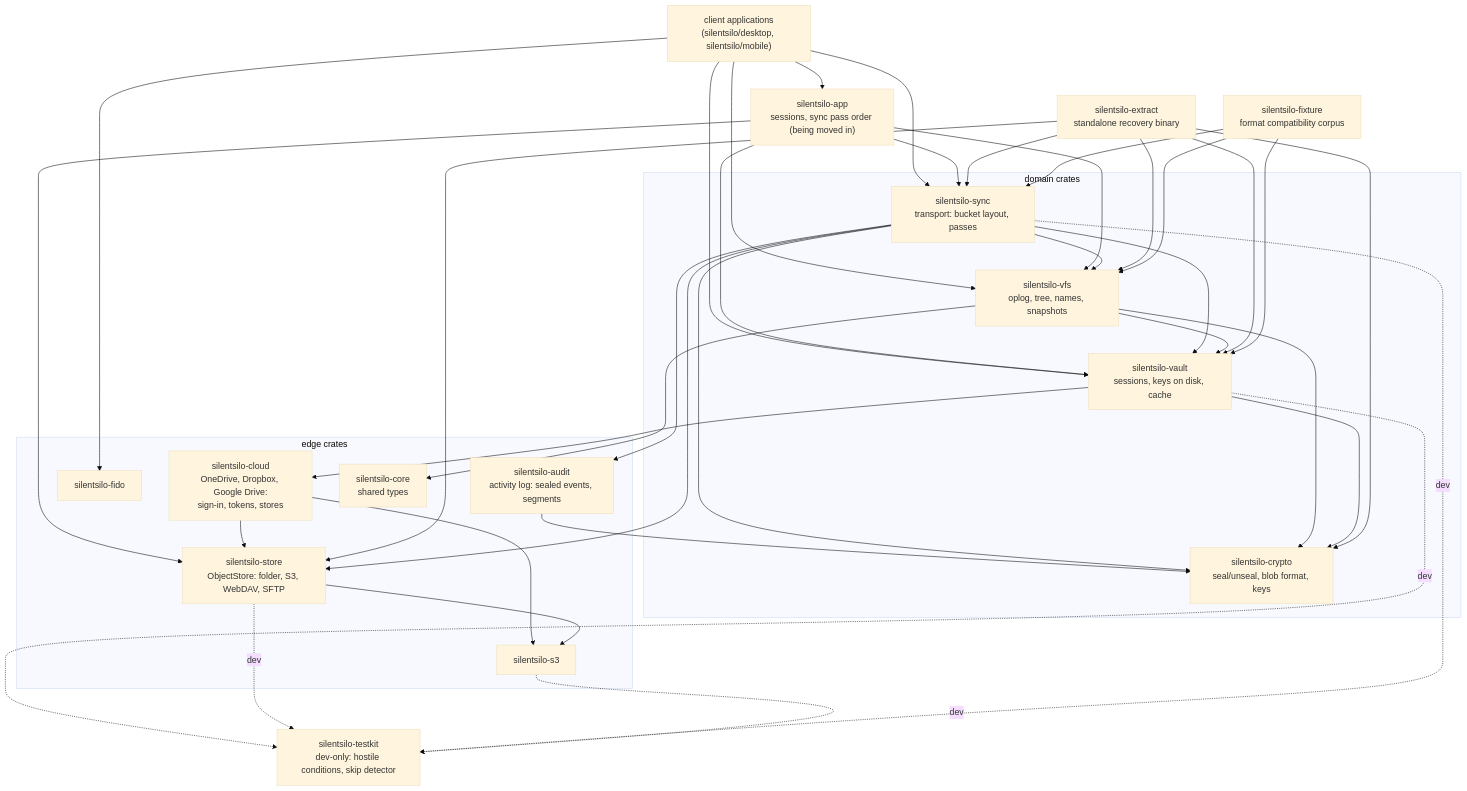
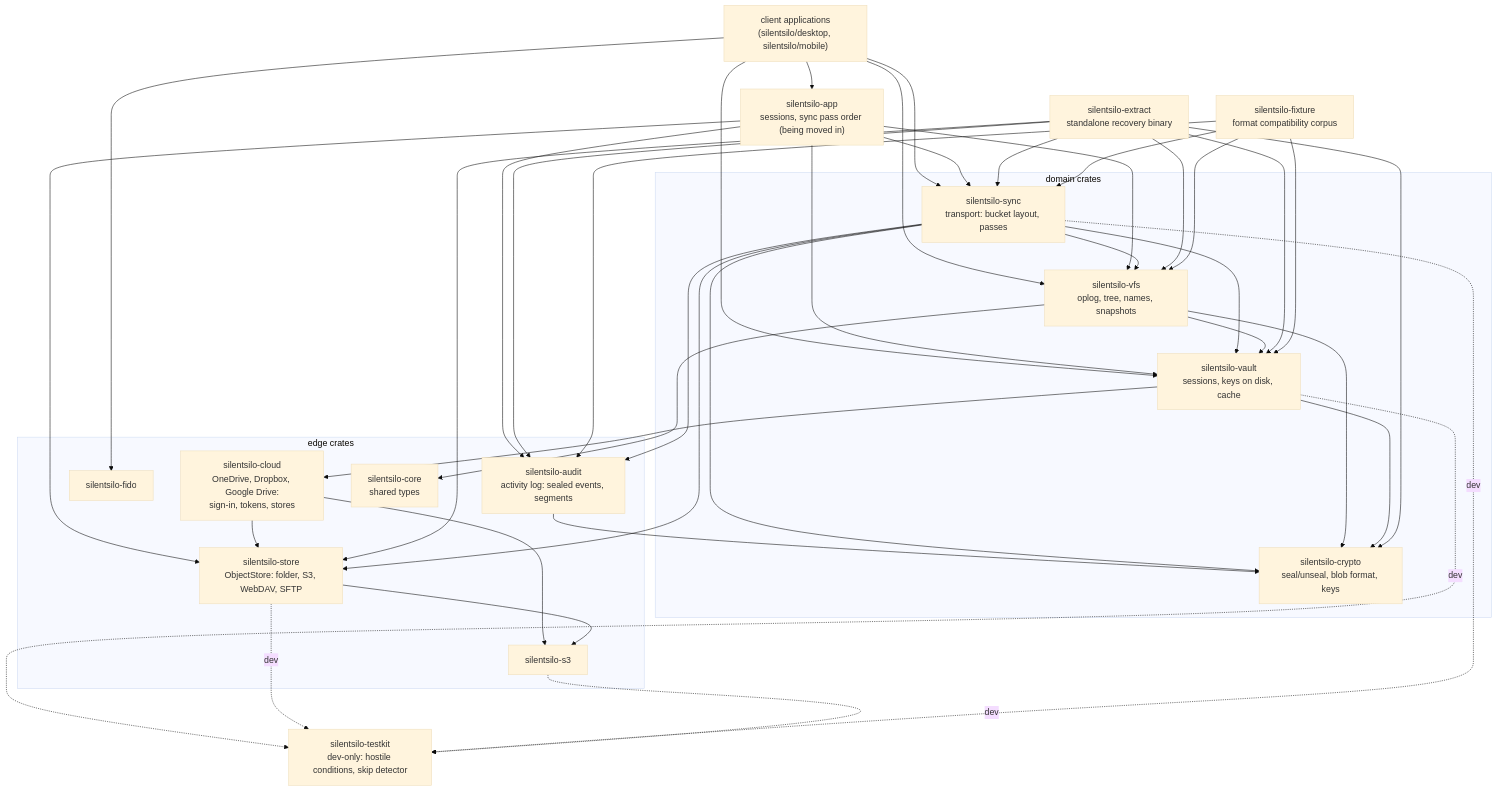
The first of 4 diagrams in docs/ARCHITECTURE.md (silentsilo/core), drawn with Mermaid (base theme) before and after one commit. The commit also changed other lines of this file and 98 other files, not shown here.

First line of the commit message:
Activity log fixes from the 1.4 review; fixture v1.9.0; 1.9.0-beta.11

````diff
--- a/docs/ARCHITECTURE.md
+++ b/docs/ARCHITECTURE.md
@@ -34,34 +34,34 @@
 ```mermaid
 flowchart TD
     subgraph domain["domain crates"]
         VFS["silentsilo-vfs<br/>oplog, tree, names, snapshots"]
         VAULT["silentsilo-vault<br/>sessions, keys on disk, cache"]
         SYNC["silentsilo-sync<br/>transport: bucket layout, passes"]
         CRYPTO["silentsilo-crypto<br/>seal/unseal, blob format, keys"]
     end
     subgraph edge["edge crates"]
         STORE["silentsilo-store<br/>ObjectStore: folder, S3, WebDAV, SFTP"]
         CLOUD["silentsilo-cloud<br/>OneDrive, Dropbox, Google Drive:<br/>sign-in, tokens, stores"]
         S3C["silentsilo-s3"]
         FIDO["silentsilo-fido"]
-    AUDIT["silentsilo-audit<br/>activity log: sealed events, segments"]
+        AUDIT["silentsilo-audit<br/>activity log: sealed events, segments"]
         CORE["silentsilo-core<br/>shared types"]
     end
     APP["silentsilo-app<br/>sessions, sync pass order (being moved in)"]
     EXTRACT["silentsilo-extract<br/>standalone recovery binary"]
     FIXTURE["silentsilo-fixture<br/>format compatibility corpus"]
     TESTKIT["silentsilo-testkit<br/>dev-only: hostile conditions, skip detector"]
     CLIENT["client applications<br/>(silentsilo/desktop, silentsilo/mobile)"]
 
     CLIENT --> APP & VFS & VAULT & SYNC & FIDO
-    APP --> SYNC & VFS & VAULT & STORE
+    APP --> SYNC & VFS & VAULT & STORE & AUDIT
     SYNC --> VFS & VAULT & CRYPTO & STORE & AUDIT
     AUDIT --> CRYPTO
     VFS --> VAULT & CRYPTO & CORE
     VAULT --> CRYPTO & CLOUD
     CLOUD --> STORE & S3C
     STORE --> S3C
-    EXTRACT --> SYNC & VFS & VAULT & CRYPTO & STORE
-    FIXTURE --> SYNC & VFS & VAULT
+    EXTRACT --> SYNC & VFS & VAULT & CRYPTO & STORE & AUDIT
+    FIXTURE --> SYNC & VFS & VAULT & AUDIT
     VAULT & STORE & SYNC & S3C -.dev.-> TESTKIT
 ```
````
